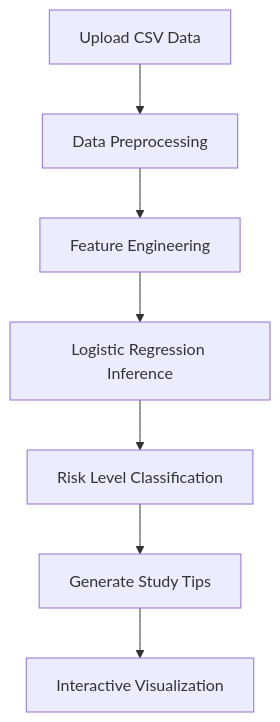
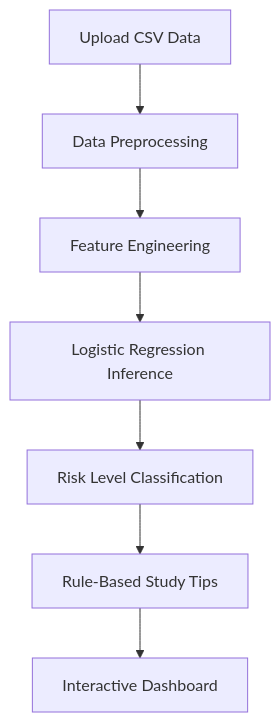
The first of 2 diagrams in README.md (LuciferVid/learning_analytics), drawn with Mermaid before and after one commit. The commit also changed other lines of this file and 1 other file, not shown here.

````diff
--- a/README.md
+++ b/README.md
@@ -19,9 +58,9 @@
 ```mermaid
 graph TD
     A[Upload CSV Data] --> B[Data Preprocessing]
     B --> C[Feature Engineering]
     C --> D[Logistic Regression Inference]
     D --> E[Risk Level Classification]
-    E --> F[Generate Study Tips]
-    F --> G[Interactive Visualization]
+    E --> F[Rule-Based Study Tips]
+    F --> G[Interactive Dashboard]
 ```
````
